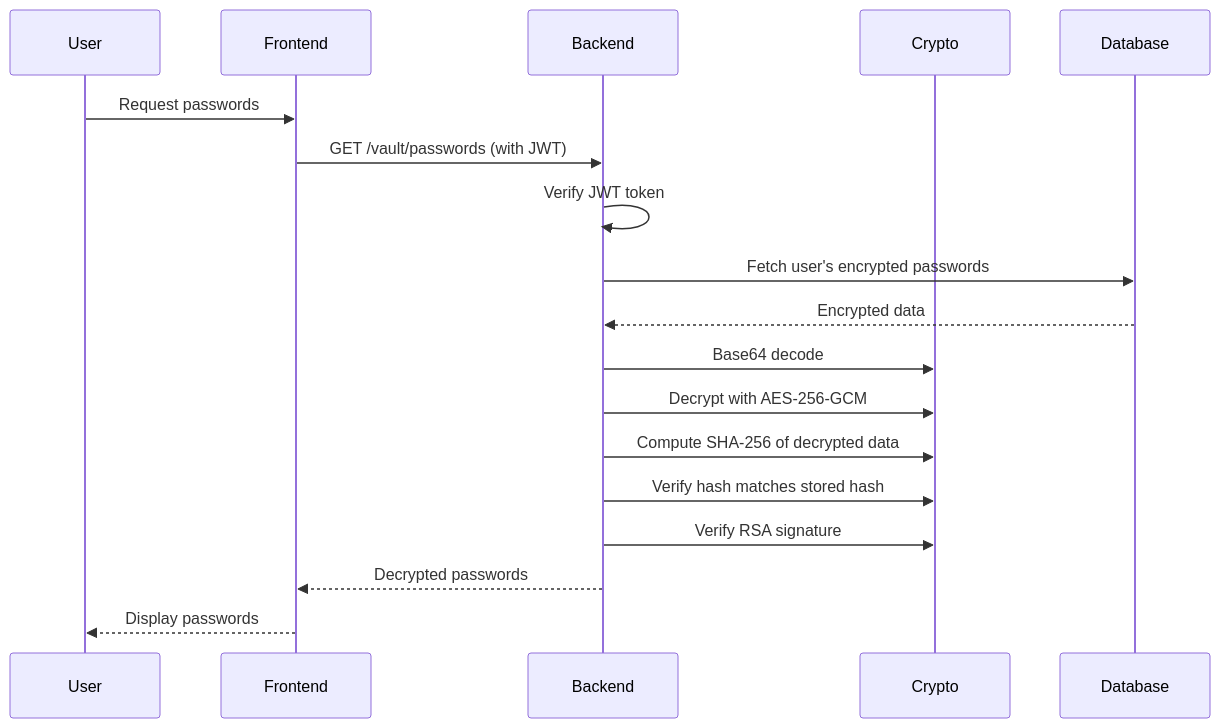
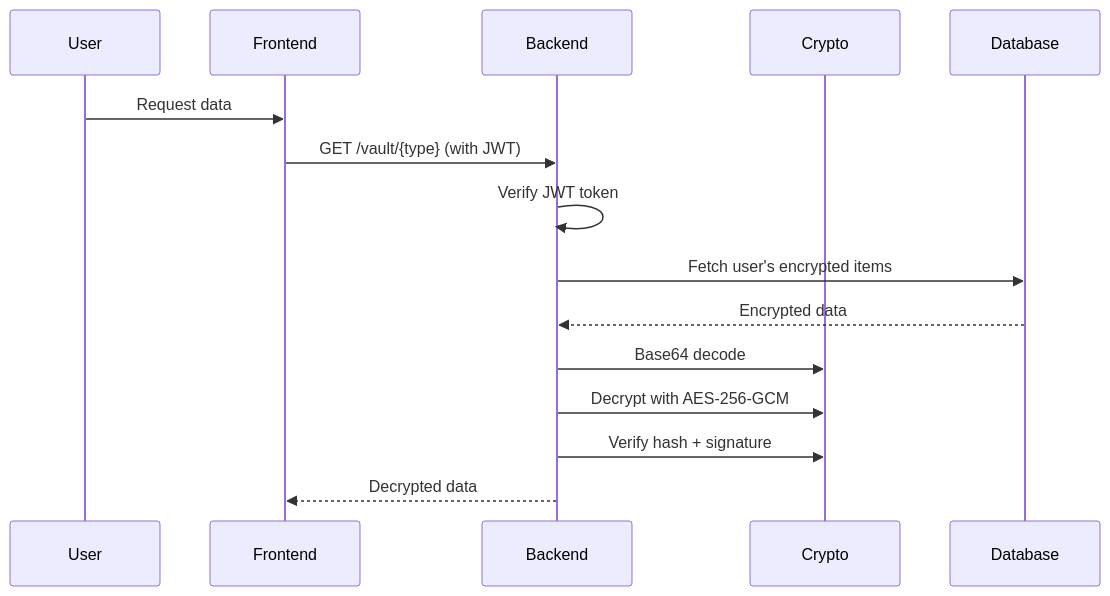
The eighth of 10 diagrams in docs/SECURITY.md (akshayks13/SecureVault), drawn with Mermaid before and after one commit. The commit also changed other lines of this file and 1 other file, not shown here.

````diff
--- a/docs/SECURITY.md
+++ b/docs/SECURITY.md
@@ -217,21 +223,18 @@
 ```mermaid
 sequenceDiagram
     participant User
     participant Frontend
     participant Backend
     participant Crypto
     participant Database
     
-    User->>Frontend: Request passwords
-    Frontend->>Backend: GET /vault/passwords (with JWT)
+    User->>Frontend: Request data
+    Frontend->>Backend: GET /vault/{type} (with JWT)
     Backend->>Backend: Verify JWT token
-    Backend->>Database: Fetch user's encrypted passwords
+    Backend->>Database: Fetch user's encrypted items
     Database-->>Backend: Encrypted data
     Backend->>Crypto: Base64 decode
     Backend->>Crypto: Decrypt with AES-256-GCM
-    Backend->>Crypto: Compute SHA-256 of decrypted data
-    Backend->>Crypto: Verify hash matches stored hash
-    Backend->>Crypto: Verify RSA signature
-    Backend-->>Frontend: Decrypted passwords
-    Frontend-->>User: Display passwords
+    Backend->>Crypto: Verify hash + signature
+    Backend-->>Frontend: Decrypted data
 ```
````
